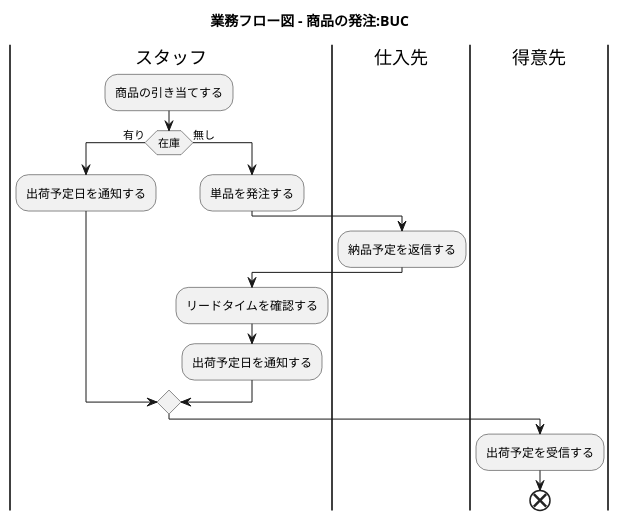
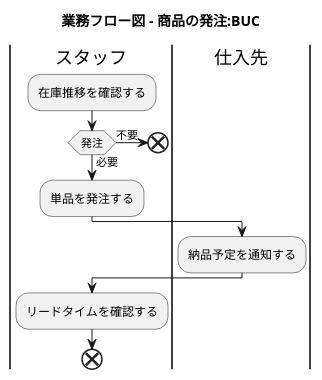
Before and after one commit to k2works/application_programing_excercise_2022: the tenth of 28 diagrams in docs/index.adoc, drawn with PlantUML. The commit also changed other lines of this file, not shown here.

```diff
--- a/docs/index.adoc
+++ b/docs/index.adoc
@@ -366,26 +377,21 @@
 [plantuml]
 ----
 @startuml
 
 title 業務フロー図 - 商品の発注:BUC
 
 |スタッフ|
-:商品の引き当てする;
-if (在庫) then (有り)
- :出荷予定日を通知する;
-else (無し)
+:在庫推移を確認する;
+if (発注) then (不要)
+ end
+else (必要)
  :単品を発注する;
  |仕入先|
- :納品予定を返信する;
+ :納品予定を通知する;
  |スタッフ|
  :リードタイムを確認する;
- :出荷予定日を通知する;
 endif
-
-|得意先|
-:出荷予定を受信する;
-
 end
 
 @enduml
 ----
```
